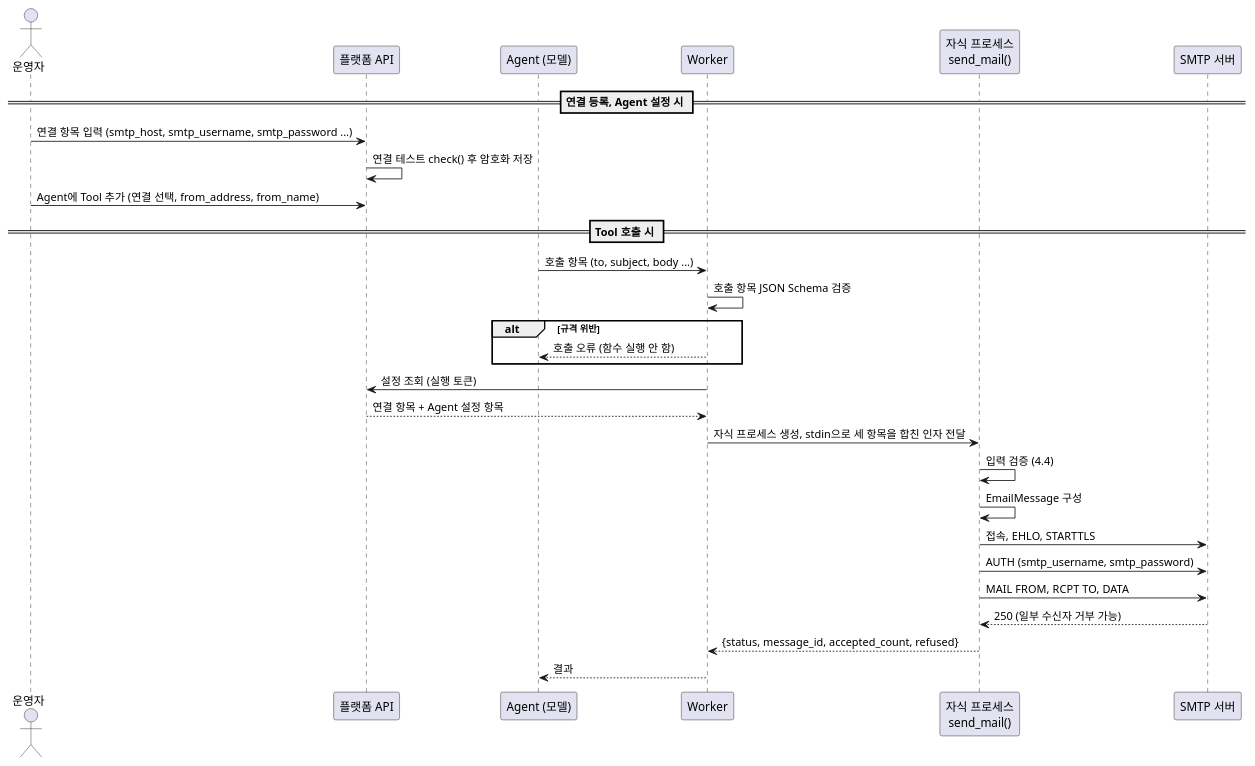
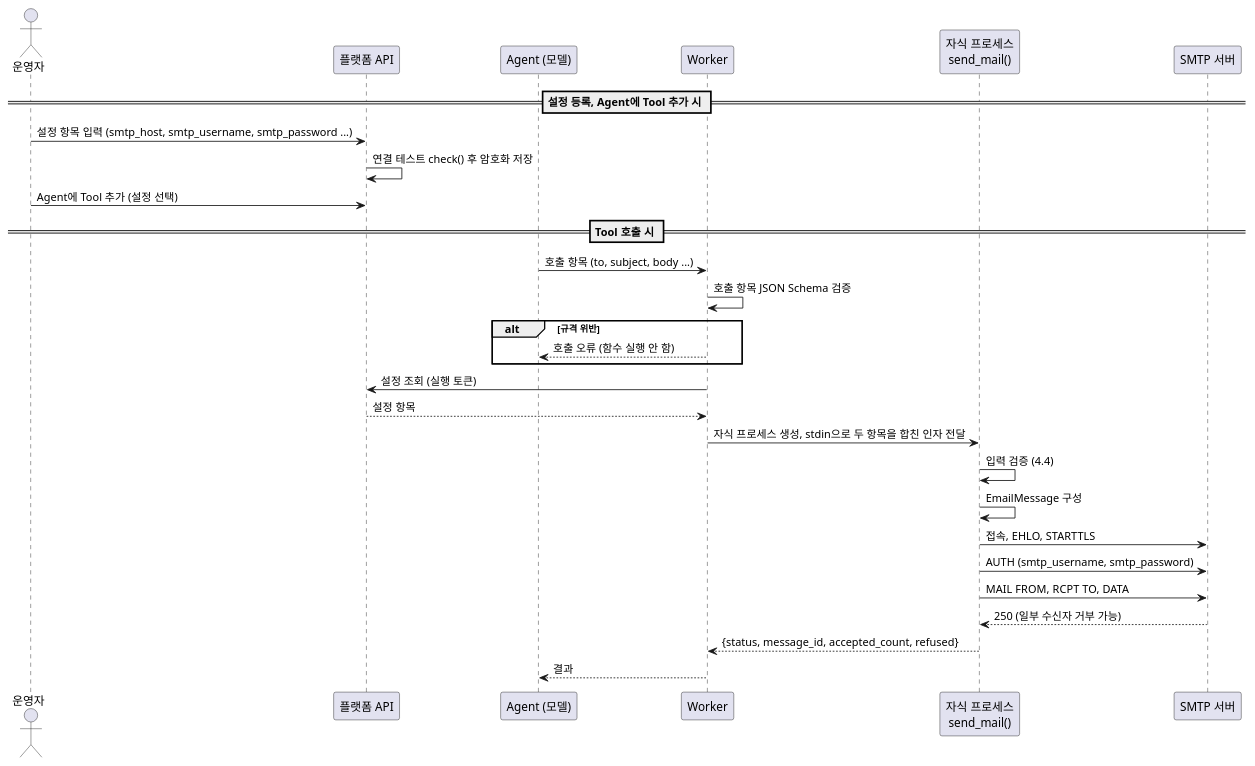
The diagram in docs/design.md (jblim0125/send-mail), drawn with PlantUML before and after one commit. The commit also changed other lines of this file and 8 other files, not shown here.

````diff
--- a/docs/design.md
+++ b/docs/design.md
@@ -350,32 +353,32 @@
 ```plantuml
 @startuml
 actor "운영자" as Op
 participant "플랫폼 API" as API
 participant "Agent (모델)" as Agent
 participant "Worker" as Worker
 participant "자식 프로세스\nsend_mail()" as Tool
 participant "SMTP 서버" as Server
 
-== 연결 등록, Agent 설정 시 ==
-Op -> API : 연결 항목 입력 (smtp_host, smtp_username, smtp_password ...)
+== 설정 등록, Agent에 Tool 추가 시 ==
+Op -> API : 설정 항목 입력 (smtp_host, smtp_username, smtp_password ...)
 API -> API : 연결 테스트 check() 후 암호화 저장
-Op -> API : Agent에 Tool 추가 (연결 선택, from_address, from_name)
+Op -> API : Agent에 Tool 추가 (설정 선택)
 == Tool 호출 시 ==
 Agent -> Worker : 호출 항목 (to, subject, body ...)
 Worker -> Worker : 호출 항목 JSON Schema 검증
 alt 규격 위반
   Worker --> Agent : 호출 오류 (함수 실행 안 함)
 end
 Worker -> API : 설정 조회 (실행 토큰)
-API --> Worker : 연결 항목 + Agent 설정 항목
-Worker -> Tool : 자식 프로세스 생성, stdin으로 세 항목을 합친 인자 전달
+API --> Worker : 설정 항목
+Worker -> Tool : 자식 프로세스 생성, stdin으로 두 항목을 합친 인자 전달
 Tool -> Tool : 입력 검증 (4.4)
 Tool -> Tool : EmailMessage 구성
 Tool -> Server : 접속, EHLO, STARTTLS
 Tool -> Server : AUTH (smtp_username, smtp_password)
 Tool -> Server : MAIL FROM, RCPT TO, DATA
 Server --> Tool : 250 (일부 수신자 거부 가능)
 Tool --> Worker : {status, message_id, accepted_count, refused}
 Worker --> Agent : 결과
 @enduml
 ```
````
